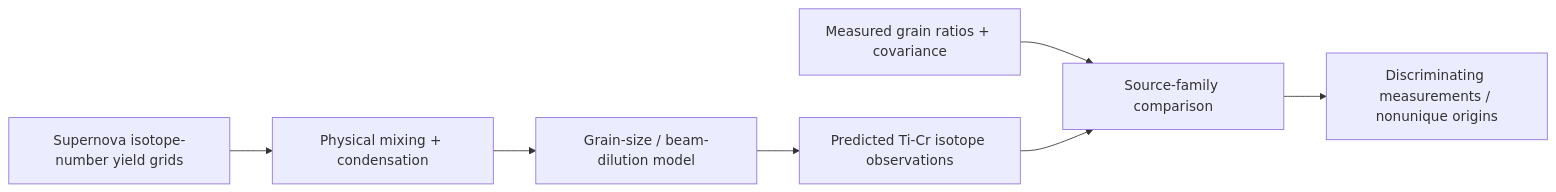
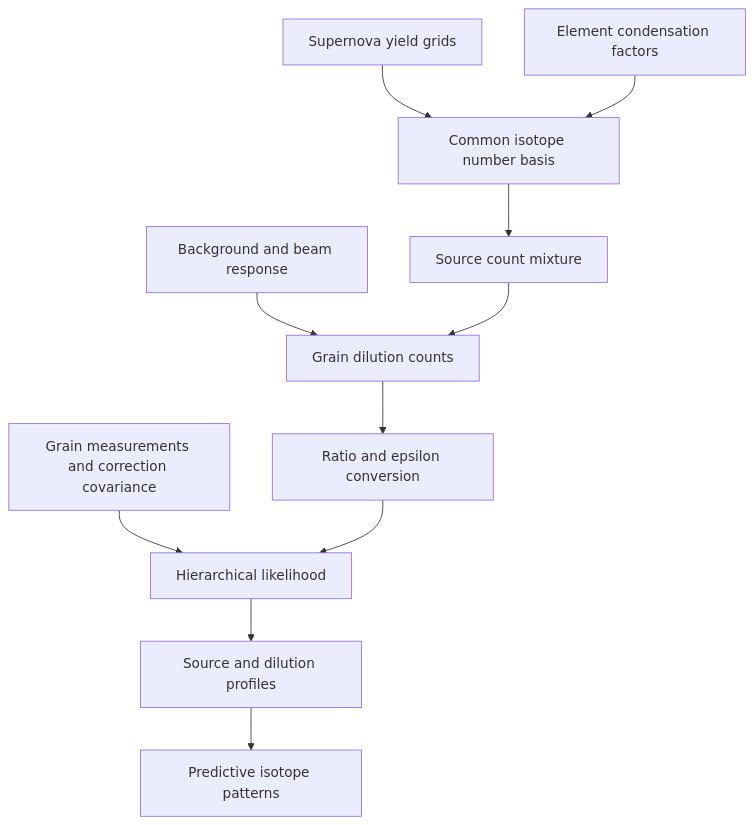
The diagram in visuals/projects/A12.mmd (Personfu/engineering), drawn with Mermaid before and after one commit. The commit also changed 816 other files, not shown here.

```diff
--- a/visuals/projects/A12.mmd
+++ b/visuals/projects/A12.mmd
@@ -1,7 +1,11 @@
-flowchart LR
-  Y["Supernova isotope-number yield grids"] --> M["Physical mixing + condensation"]
-  M --> D["Grain-size / beam-dilution model"]
-  D --> P["Predicted Ti-Cr isotope observations"]
-  O["Measured grain ratios + covariance"] --> C["Source-family comparison"]
-  P --> C
-  C --> U["Discriminating measurements / nonunique origins"]
+flowchart TB
+ Y[Supernova yield grids] --> N[Common isotope number basis]
+ C[Element condensation factors] --> N
+ N --> M[Source count mixture]
+ B[Background and beam response] --> D[Grain dilution counts]
+ M --> D
+ D --> R[Ratio and epsilon conversion]
+ O[Grain measurements and correction covariance] --> L[Hierarchical likelihood]
+ R --> L
+ L --> P[Source and dilution profiles]
+ P --> V[Predictive isotope patterns]
```
